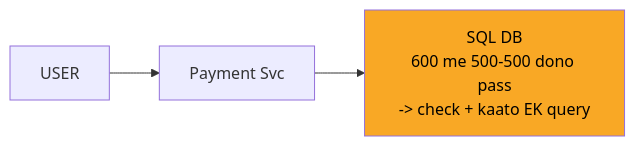
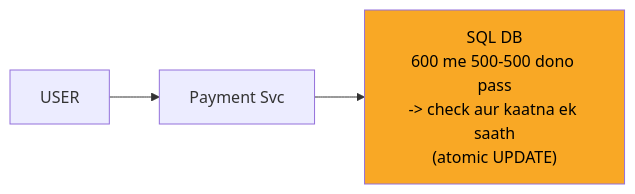
The third of 12 diagrams in 04_HLD/SYSTEM_DESIGNS/06_payment_system/06_payment_system.md (ArpanMaheshwari144/Prep), drawn with Mermaid before and after one commit. The commit also changed other lines of this file and 13 other files, not shown here.

````diff
--- a/04_HLD/SYSTEM_DESIGNS/06_payment_system/06_payment_system.md
+++ b/04_HLD/SYSTEM_DESIGNS/06_payment_system/06_payment_system.md
@@ -143,9 +143,9 @@
 ```mermaid
 flowchart LR
     n_USER["USER"]
     n_Payment_Svc["Payment Svc"]
-    n_DB["SQL DB<br/>600 me 500-500 dono pass<br/>-> check + kaato EK query"]
+    n_DB["SQL DB<br/>600 me 500-500 dono pass<br/>-> check aur kaatna ek saath<br/>(atomic UPDATE)"]
     n_USER --> n_Payment_Svc
     n_Payment_Svc --> n_DB
     style n_DB fill:#f9a825,color:#000
 ```
````
